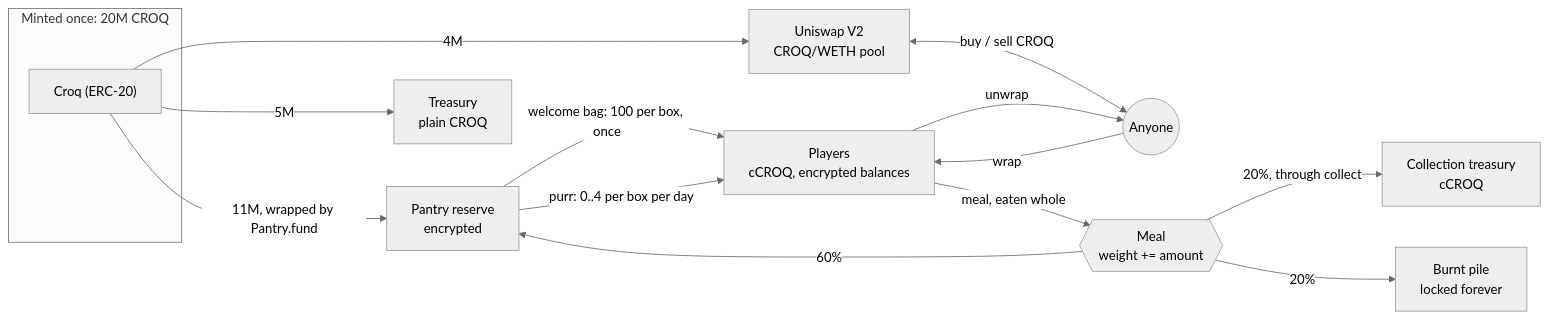
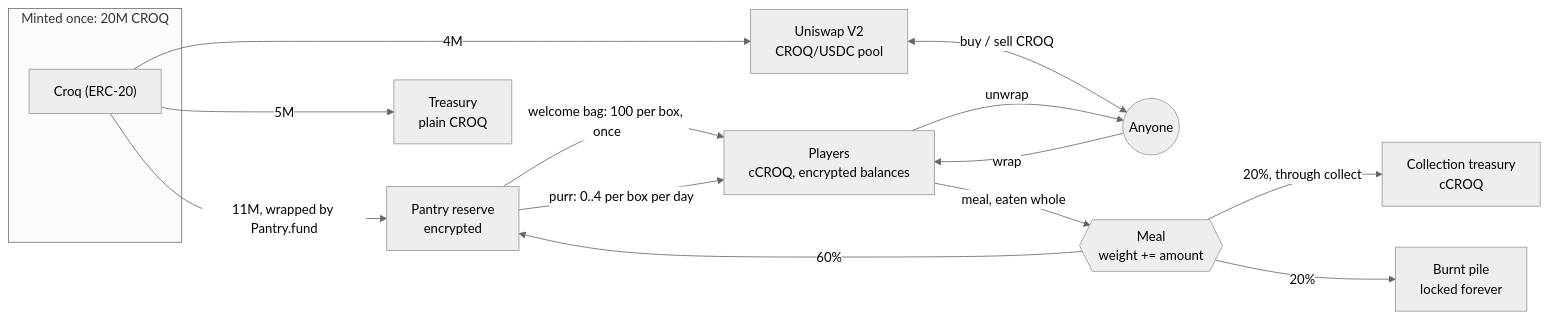
One commit to jecombe/do_not_open changed the first of 6 diagrams in docs/CROQ.md. Above: the diagram before and after it, drawn with Mermaid (neutral theme). The commit also changed other lines of this file and 62 other files, not shown here.

````diff
--- a/docs/CROQ.md
+++ b/docs/CROQ.md
@@ -68,20 +68,20 @@
 ```mermaid
 flowchart LR
   subgraph mint["Minted once: 20M CROQ"]
     croq["Croq (ERC-20)"]
   end
   croq -- "11M, wrapped by Pantry.fund" --> reserve["Pantry reserve<br/>encrypted"]
-  croq -- "4M" --> pool["Uniswap V2<br/>CROQ/WETH pool"]
+  croq -- "4M" --> pool["Uniswap V2<br/>CROQ/USDC pool"]
   croq -- "5M" --> treasury["Treasury<br/>plain CROQ"]
 
   reserve -- "welcome bag: 100 per box, once" --> players["Players<br/>cCROQ, encrypted balances"]
   reserve -- "purr: 0..4 per box per day" --> players
   pool <-- "buy / sell CROQ" --> market(("Anyone"))
   market -- "wrap" --> players
   players -- "unwrap" --> market
 
   players -- "meal, eaten whole" --> meal{{"Meal<br/>weight += amount"}}
   meal -- "60%" --> reserve
   meal -- "20%, through collect" --> owner["Collection treasury<br/>cCROQ"]
   meal -- "20%" --> burnt["Burnt pile<br/>locked forever"]
 ```
````
